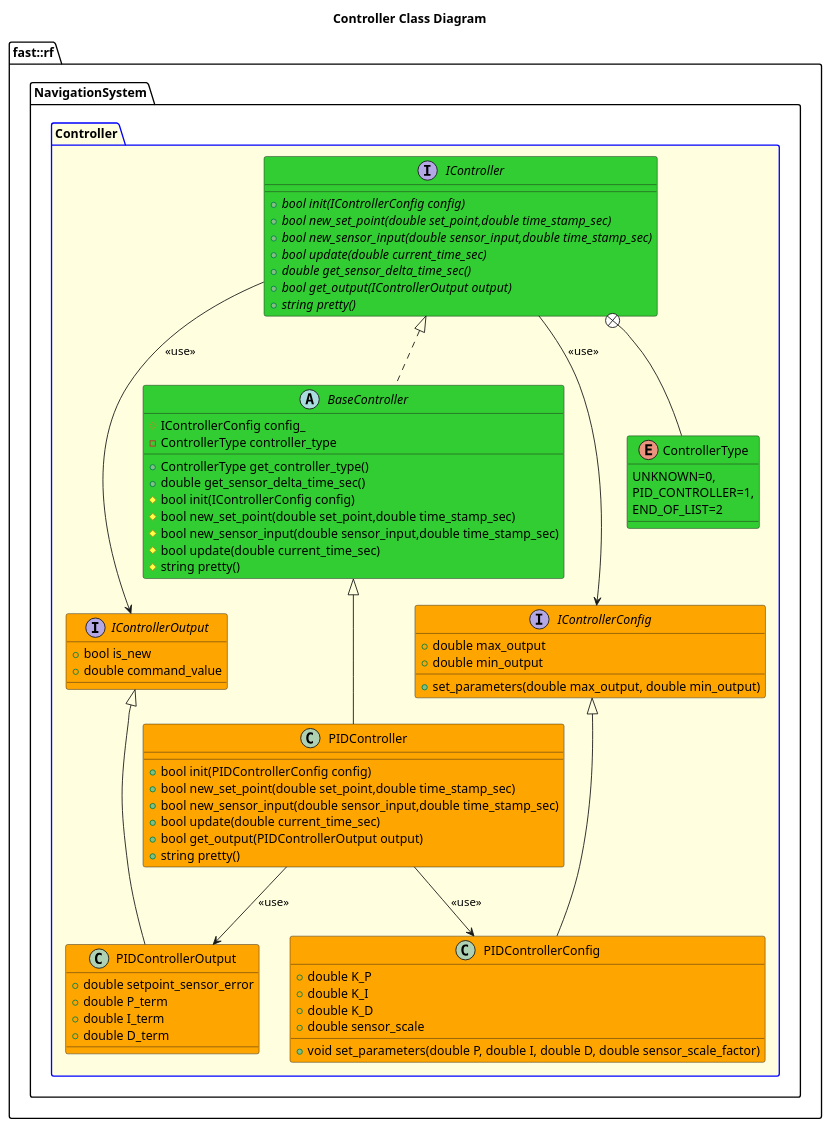
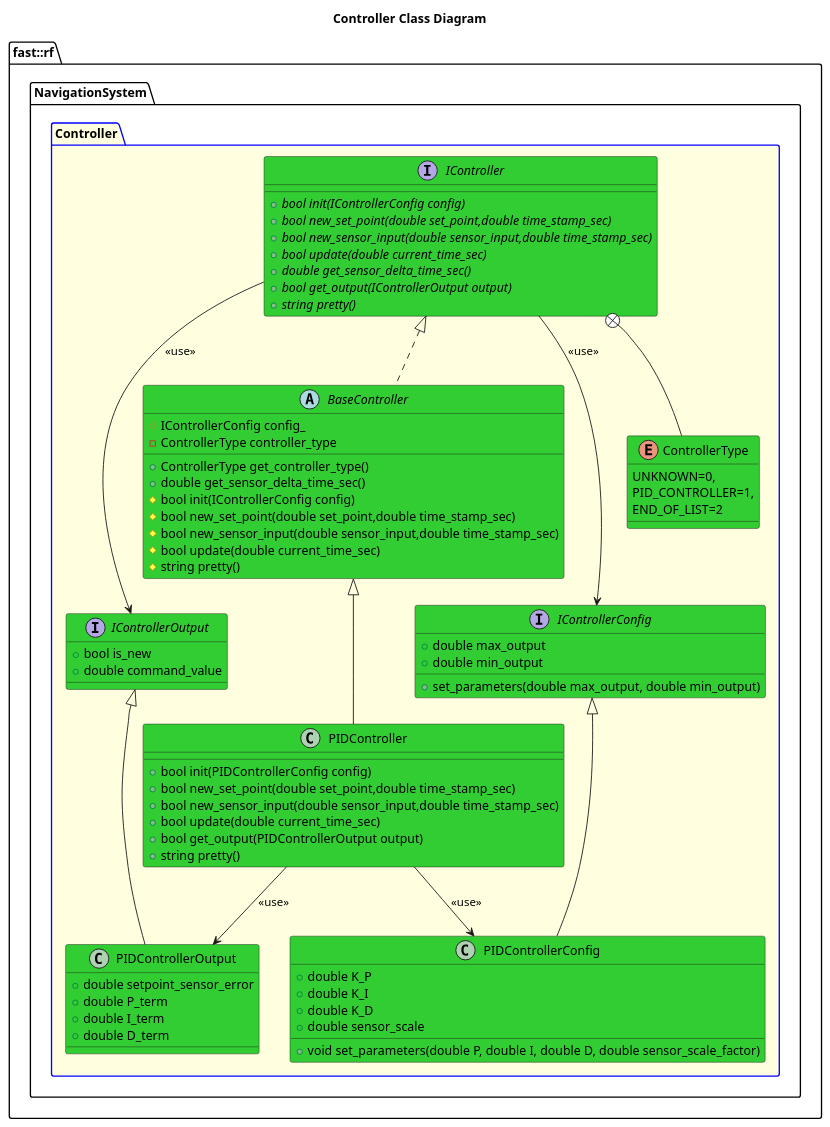
Before and after one commit to fastrobotics/robot_framework: the diagram in Systems/Navigation/doc/puml/ControllerClassDiagram.puml, drawn with PlantUML. The commit also changed 18 other files, not shown here.

```diff
--- a/Systems/Navigation/doc/puml/ControllerClassDiagram.puml
+++ b/Systems/Navigation/doc/puml/ControllerClassDiagram.puml
@@ -1,78 +1,78 @@
 @startuml
 title Controller Class Diagram
 namespace fast::rf {
   namespace NavigationSystem  {
     package Controller #LightYellow;line:blue {
         enum ControllerType #LimeGreen {
             UNKNOWN=0,
             PID_CONTROLLER=1,
             END_OF_LIST=2
         }
-        interface IControllerOutput #Orange {
+        interface IControllerOutput #LimeGreen {
             +bool is_new
             +double command_value
         }
-        interface IControllerConfig #Orange {
+        interface IControllerConfig #LimeGreen {
             +set_parameters(double max_output, double min_output) 
             +double max_output
             +double min_output
 
 
         }
         interface IController #LimeGreen {
             +{abstract} bool init(IControllerConfig config)
             +{abstract} bool new_set_point(double set_point,double time_stamp_sec)
             +{abstract} bool new_sensor_input(double sensor_input,double time_stamp_sec)
             +{abstract} bool update(double current_time_sec)
             +{abstract} double get_sensor_delta_time_sec()
             +{abstract} bool get_output(IControllerOutput output)
             +{abstract} string pretty()
 
         }
         IController +-- ControllerType
         IController --> IControllerOutput: <<use>>
         IController --> IControllerConfig: <<use>>
         abstract BaseController #LimeGreen {
             +ControllerType get_controller_type()
             +double get_sensor_delta_time_sec()
             #bool init(IControllerConfig config)
             #bool new_set_point(double set_point,double time_stamp_sec)
             #bool new_sensor_input(double sensor_input,double time_stamp_sec)
             #bool update(double current_time_sec)
             #string pretty()
             #IControllerConfig config_
             -ControllerType controller_type
         }
         BaseController .up.|> IController
-        class PIDControllerOutput #Orange {
+        class PIDControllerOutput #LimeGreen {
             +double setpoint_sensor_error
             +double P_term
             +double I_term
             +double D_term
         }
         PIDControllerOutput -up-|> IControllerOutput
-        class PIDControllerConfig #Orange {
+        class PIDControllerConfig #LimeGreen {
             +void set_parameters(double P, double I, double D, double sensor_scale_factor)
             +double K_P
             +double K_I
             +double K_D
             +double sensor_scale
             
 
         }
         PIDControllerConfig -up-|> IControllerConfig
-        class PIDController #Orange {
+        class PIDController #LimeGreen {
             +bool init(PIDControllerConfig config)
             +bool new_set_point(double set_point,double time_stamp_sec)
             +bool new_sensor_input(double sensor_input,double time_stamp_sec)
             +bool update(double current_time_sec)
             +bool get_output(PIDControllerOutput output)
             +string pretty()
         }
         PIDController -up-|> BaseController
         PIDController --> PIDControllerOutput: <<use>>
         PIDController --> PIDControllerConfig: <<use>>
     }
   }
 }
 @enduml
```
